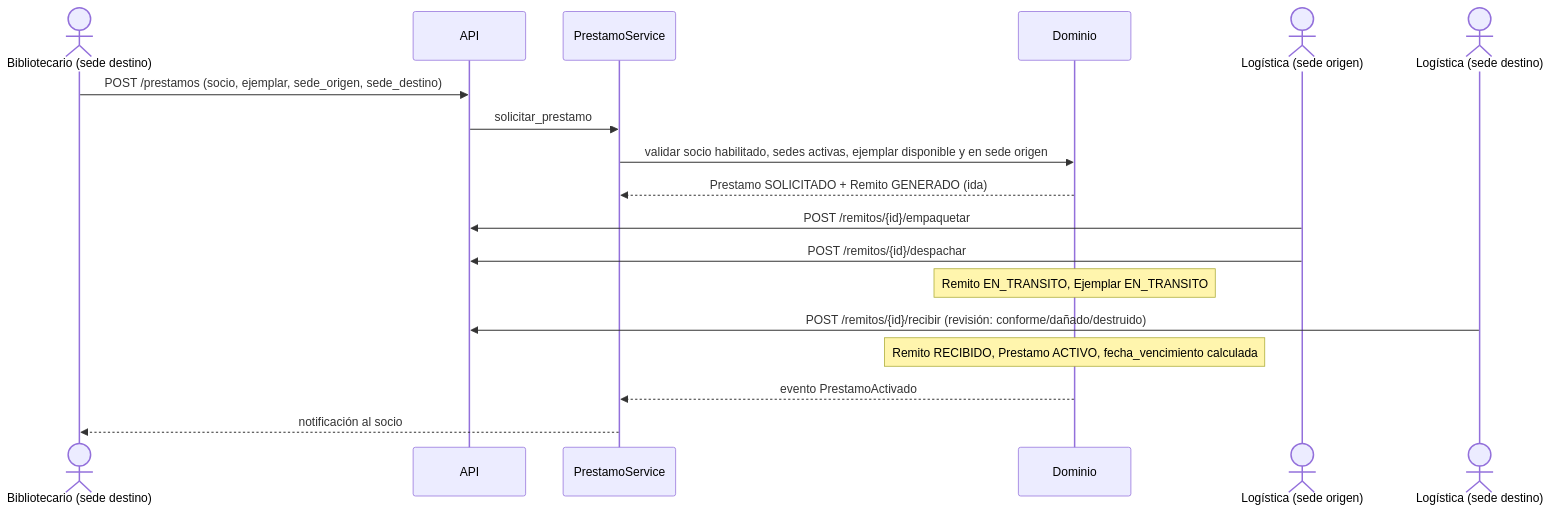
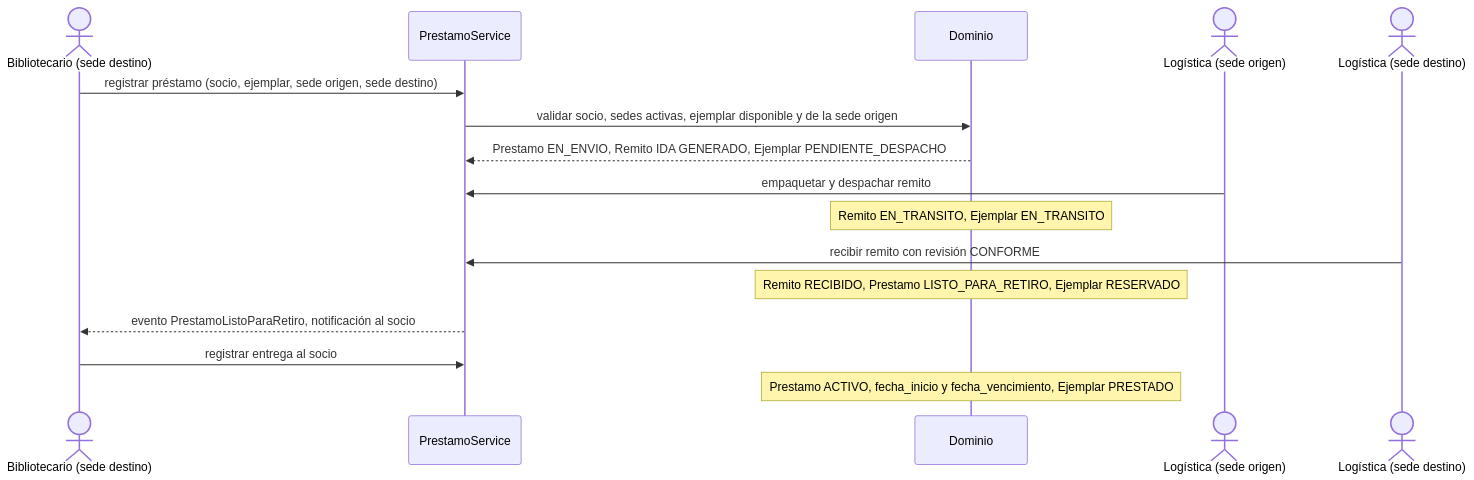
One commit to Maximiliano018/TPI-DAO changed the seventh of 7 diagrams in ARCHITECTURE.md. Above: the diagram before and after it, drawn with Mermaid. The commit also changed other lines of this file and 3 other files, not shown here.

````diff
--- a/ARCHITECTURE.md
+++ b/ARCHITECTURE.md
@@ -334,21 +1009,19 @@
 ```mermaid
 sequenceDiagram
     actor B as Bibliotecario (sede destino)
-    participant API
     participant PS as PrestamoService
     participant D as Dominio
     actor L1 as Logística (sede origen)
     actor L2 as Logística (sede destino)
 
-    B->>API: POST /prestamos (socio, ejemplar, sede_origen, sede_destino)
-    API->>PS: solicitar_prestamo
-    PS->>D: validar socio habilitado, sedes activas, ejemplar disponible y en sede origen
-    D-->>PS: Prestamo SOLICITADO + Remito GENERADO (ida)
-    L1->>API: POST /remitos/{id}/empaquetar
-    L1->>API: POST /remitos/{id}/despachar
+    B->>PS: registrar préstamo (socio, ejemplar, sede origen, sede destino)
+    PS->>D: validar socio, sedes activas, ejemplar disponible y de la sede origen
+    D-->>PS: Prestamo EN_ENVIO, Remito IDA GENERADO, Ejemplar PENDIENTE_DESPACHO
+    L1->>PS: empaquetar y despachar remito
     Note over D: Remito EN_TRANSITO, Ejemplar EN_TRANSITO
-    L2->>API: POST /remitos/{id}/recibir (revisión: conforme/dañado/destruido)
-    Note over D: Remito RECIBIDO, Prestamo ACTIVO, fecha_vencimiento calculada
-    D-->>PS: evento PrestamoActivado
-    PS-->>B: notificación al socio
+    L2->>PS: recibir remito con revisión CONFORME
+    Note over D: Remito RECIBIDO, Prestamo LISTO_PARA_RETIRO, Ejemplar RESERVADO
+    PS-->>B: evento PrestamoListoParaRetiro, notificación al socio
+    B->>PS: registrar entrega al socio
+    Note over D: Prestamo ACTIVO, fecha_inicio y fecha_vencimiento, Ejemplar PRESTADO
 ```
````
